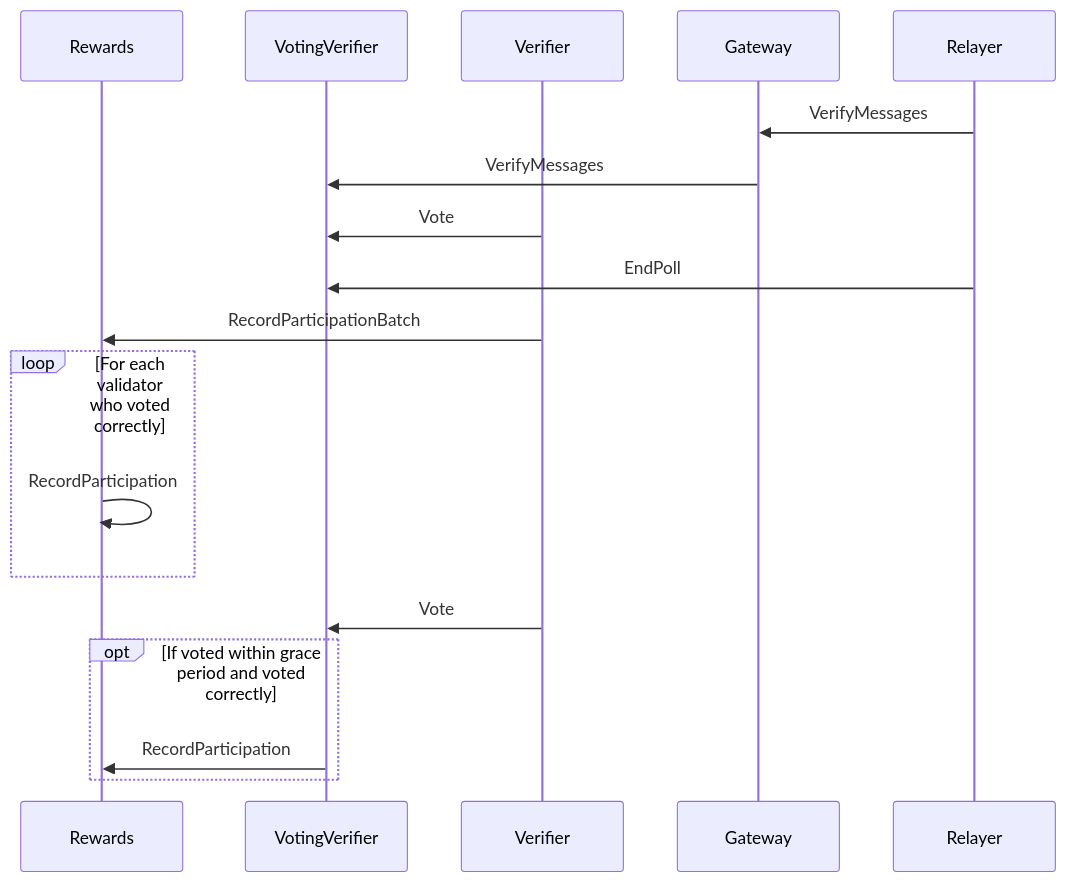
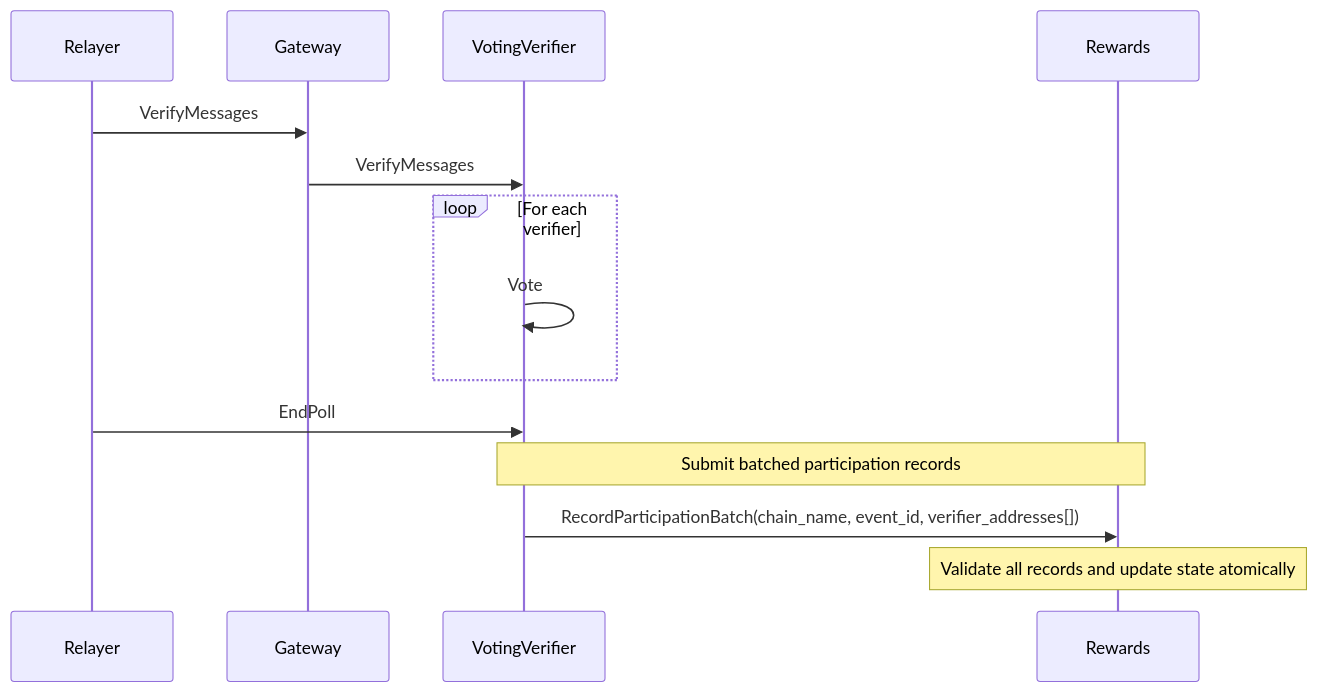
One commit to axelarnetwork/arcs changed the second of 2 diagrams in ARCs/ARC-12.md. Above: the diagram before and after it, drawn with Mermaid. The commit also changed other lines of this file, not shown here.

````diff
--- a/ARCs/ARC-12.md
+++ b/ARCs/ARC-12.md
@@ -117,21 +115,17 @@
 ```mermaid
 sequenceDiagram
-participant Rewards
-participant VotingVerifier
-participant Verifier
-participant Gateway
-participant Relayer
+    participant Relayer
+    participant Gateway
+    participant VotingVerifier
+    participant Rewards
 
-Relayer ->> Gateway: VerifyMessages
-Gateway ->> VotingVerifier: VerifyMessages
-Verifier ->> VotingVerifier: Vote
-Relayer ->> VotingVerifier: EndPoll
-Verifier ->> Rewards: RecordParticipationBatch
-loop For each validator who voted correctly
-Rewards ->> Rewards: RecordParticipation
-end
-Verifier ->> VotingVerifier: Vote
-opt If voted within grace period and voted correctly
-VotingVerifier ->> Rewards: RecordParticipation
-end
+    Relayer ->> Gateway: VerifyMessages
+    Gateway ->> VotingVerifier: VerifyMessages
+    loop For each verifier
+        VotingVerifier ->> VotingVerifier: Vote
+    end
+    Relayer ->> VotingVerifier: EndPoll
+    Note over VotingVerifier,Rewards: Submit batched participation records
+    VotingVerifier ->> Rewards: RecordParticipationBatch(chain_name, event_id, verifier_addresses[])
+    Note over Rewards: Validate all records and update state atomically
 ```
````
